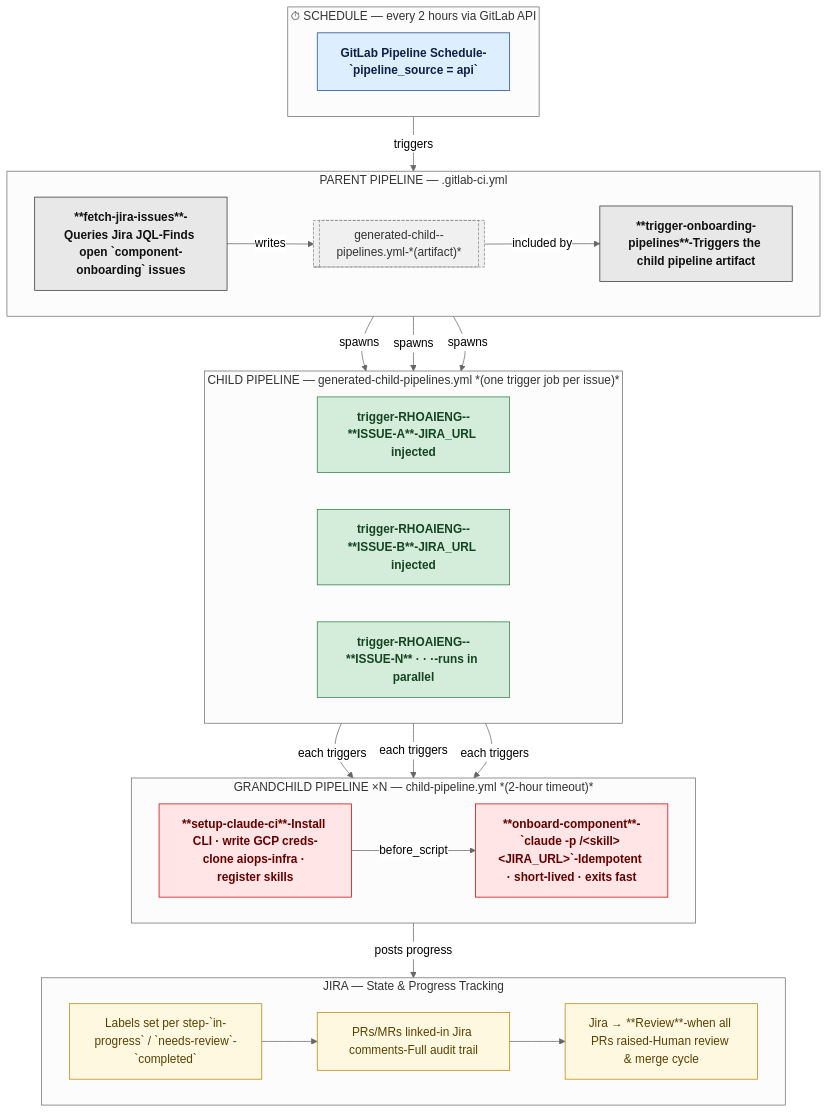
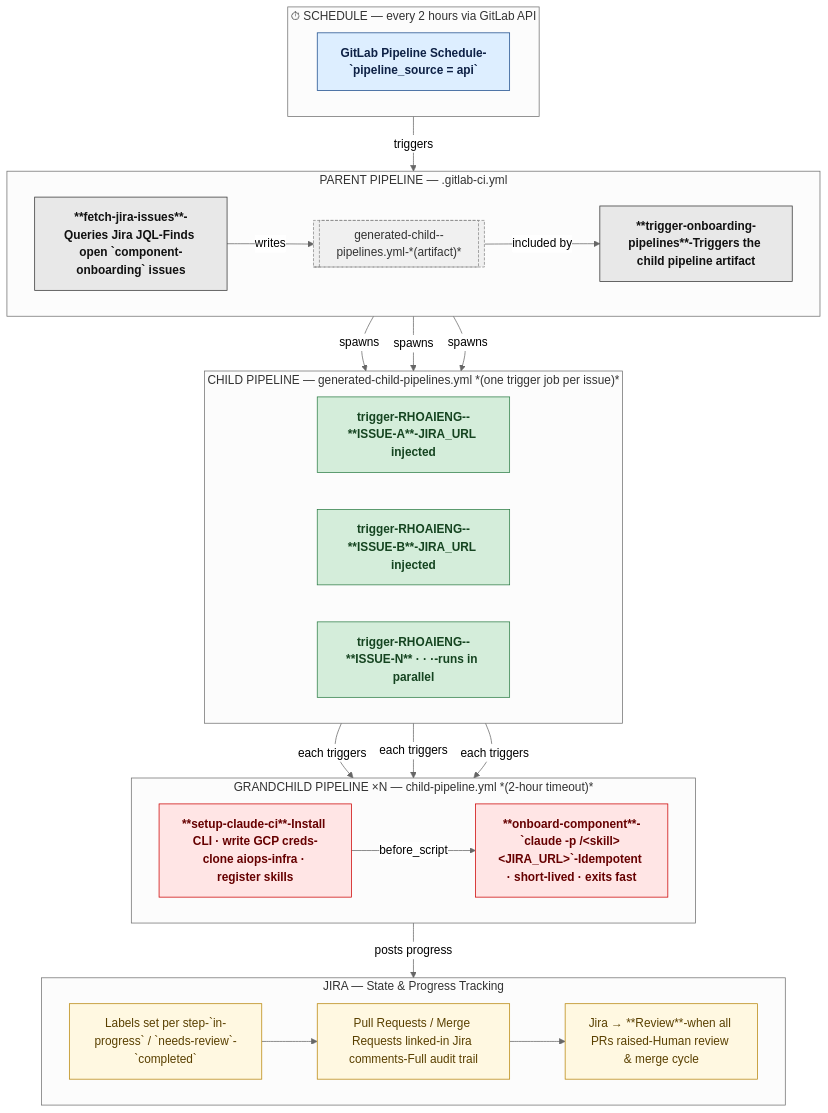
Before and after one commit to opendatahub-io/aiops-infra: the third of 3 diagrams in docs/rfds/odh-component-onboarding/flow-diagrams.md, drawn with Mermaid (neutral theme). The commit also changed other lines of this file and 37 other files, not shown here.

````diff
--- a/docs/rfds/odh-component-onboarding/flow-diagrams.md
+++ b/docs/rfds/odh-component-onboarding/flow-diagrams.md
@@ -92,49 +92,49 @@
 ```mermaid
 flowchart TD
     classDef scheduleNode fill:#DDEEFF,stroke:#1A4A8A,color:#0d2045,font-weight:bold
     classDef parentNode   fill:#E8E8E8,stroke:#333333,color:#111111,font-weight:bold
     classDef childNode    fill:#D4EDDA,stroke:#2D7D46,color:#154420,font-weight:bold
     classDef grandNode    fill:#FFE5E5,stroke:#CC0000,color:#660000,font-weight:bold
     classDef jiraNode     fill:#FFF8E1,stroke:#B8860B,color:#5a4000
     classDef artifact     fill:#F0F0F0,stroke:#888888,color:#333333,stroke-dasharray:4 2
 
     subgraph SCHED["⏱  SCHEDULE — every 2 hours via GitLab API"]
         direction LR
         SC["GitLab Pipeline Schedule-`pipeline_source = api`"]:::scheduleNode
     end
 
     subgraph PARENT["PARENT PIPELINE — .gitlab-ci.yml"]
         direction LR
         P1["**fetch-jira-issues**-Queries Jira JQL-Finds open `component-onboarding` issues"]:::parentNode
         P2[["generated-child--pipelines.yml-*(artifact)*"]]:::artifact
         P3["**trigger-onboarding-pipelines**-Triggers the child pipeline artifact"]:::parentNode
         P1 -->|writes| P2 -->|included by| P3
     end
 
     subgraph CHILD["CHILD PIPELINE — generated-child-pipelines.yml  *(one trigger job per issue)*"]
         direction LR
         C1["trigger-RHOAIENG--**ISSUE-A**-JIRA_URL injected"]:::childNode
         C2["trigger-RHOAIENG--**ISSUE-B**-JIRA_URL injected"]:::childNode
         C3["trigger-RHOAIENG--**ISSUE-N** · · ·-runs in parallel"]:::childNode
     end
 
     subgraph GRANDCHILD["GRANDCHILD PIPELINE ×N — child-pipeline.yml  *(2-hour timeout)*"]
         direction LR
         G1["**setup-claude-ci**-Install CLI · write GCP creds-clone aiops-infra · register skills"]:::grandNode
         G2["**onboard-component**-`claude -p /&lt;skill&gt; &lt;JIRA_URL&gt;`-Idempotent · short-lived · exits fast"]:::grandNode
         G1 -->|before_script| G2
     end
 
     subgraph JIRA_STATE["JIRA — State & Progress Tracking"]
         direction LR
         J1["Labels set per step-`in-progress` / `needs-review`-`completed`"]:::jiraNode
-        J2["PRs/MRs linked-in Jira comments-Full audit trail"]:::jiraNode
+        J2["Pull Requests / Merge Requests linked-in Jira comments-Full audit trail"]:::jiraNode
         J3["Jira → **Review**-when all PRs raised-Human review & merge cycle"]:::jiraNode
         J1 --> J2 --> J3
     end
 
     SC -->|triggers| P1
     P3 -->|spawns| C1 & C2 & C3
     C1 & C2 & C3 -->|each triggers| G1
     G2 -->|posts progress| J1
 ```
````
